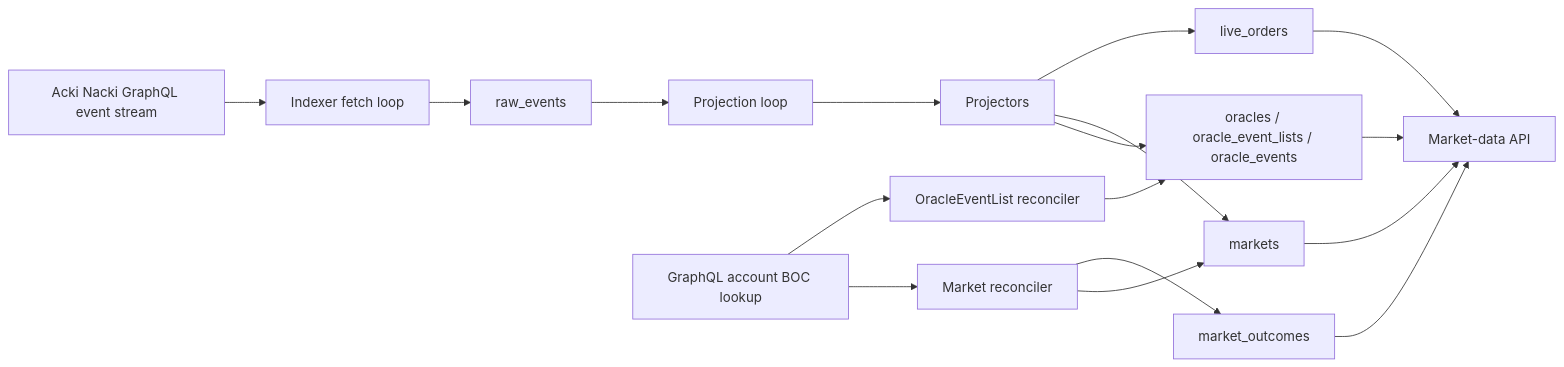
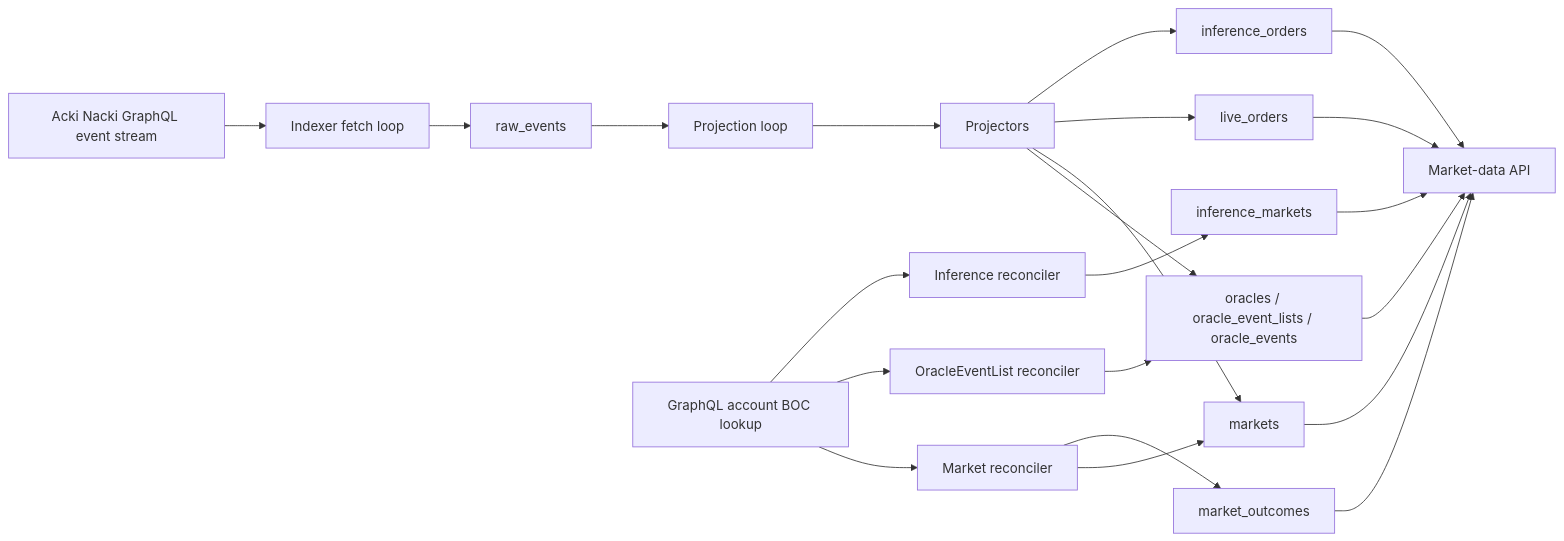
The diagram in docs/tech-specs/indexer.md (gosh-sh/dexdo), drawn with Mermaid before and after one commit. The commit also changed other lines of this file and 3 other files, not shown here.

````diff
--- a/docs/tech-specs/indexer.md
+++ b/docs/tech-specs/indexer.md
@@ -23,21 +23,26 @@
 ```mermaid
 flowchart LR
     chain[Acki Nacki GraphQL event stream] --> ingest[Indexer fetch loop]
     ingest --> raw[raw_events]
     raw --> project[Projection loop]
     project --> projectors[Projectors]
     projectors --> discovery[oracles / oracle_event_lists / oracle_events]
     projectors --> markets[markets]
     projectors --> orders[live_orders]
+    projectors --> inf_orders[inference_orders]
 
     chain_state[GraphQL account BOC lookup] --> market_reconciler[Market reconciler]
     chain_state --> oel_reconciler[OracleEventList reconciler]
+    chain_state --> inf_reconciler[Inference reconciler]
     market_reconciler --> markets
     market_reconciler --> outcomes[market_outcomes]
     oel_reconciler --> discovery
+    inf_reconciler --> inf_markets[inference_markets]
 
     discovery --> api[Market-data API]
     markets --> api
     outcomes --> api
     orders --> api
+    inf_orders --> api
+    inf_markets --> api
 ```
````
